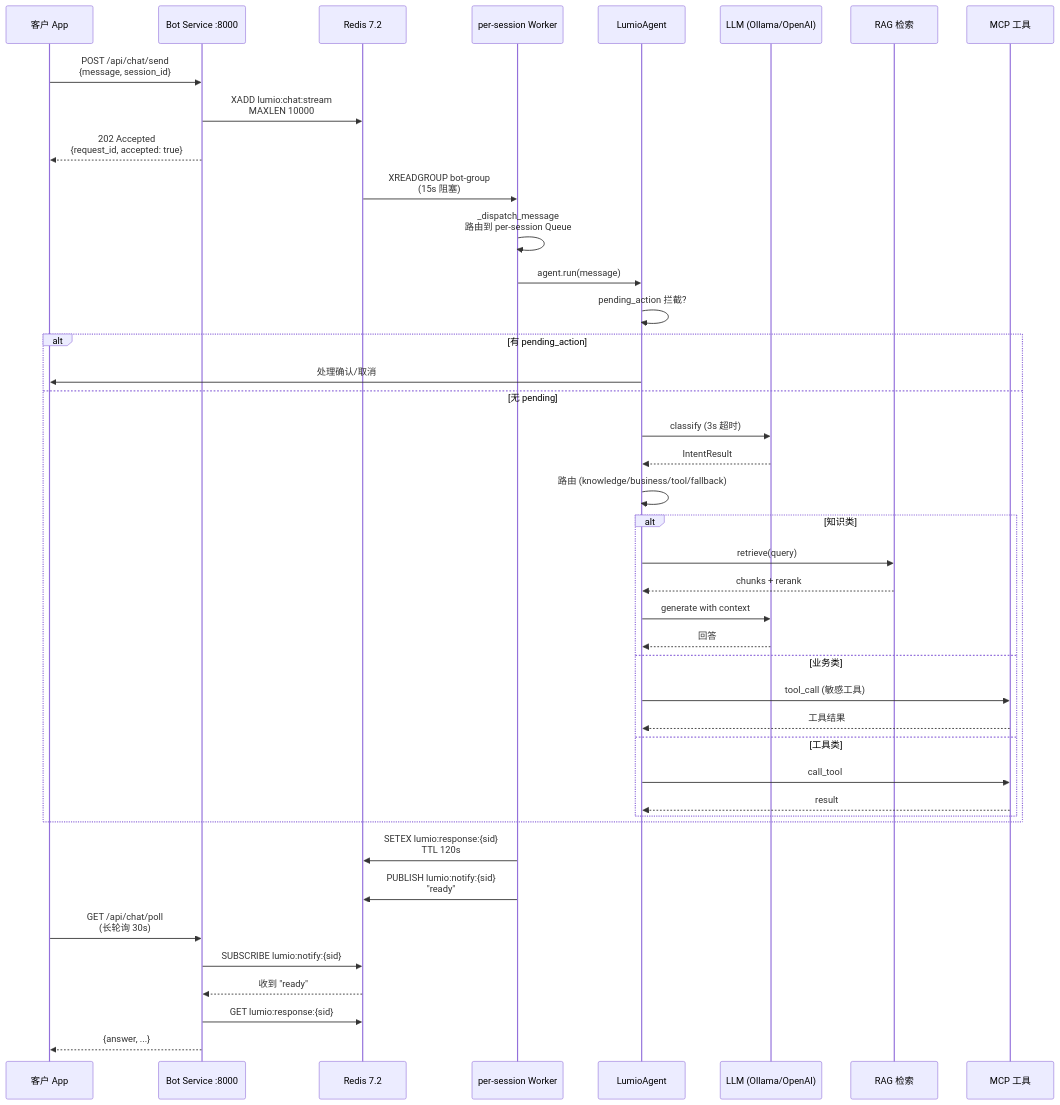
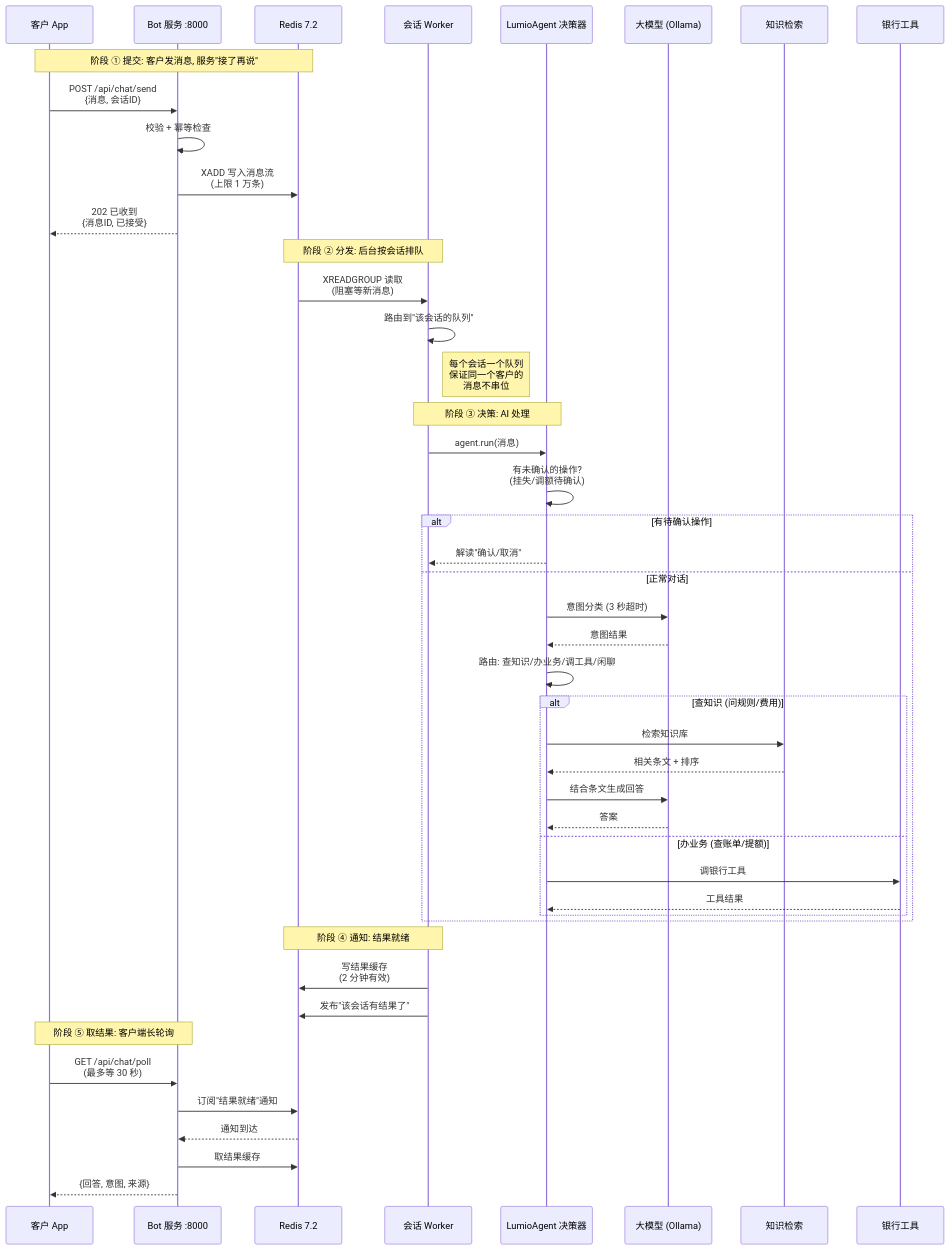
Before and after one commit to slowleelab/QingQue: the first of 2 diagrams in docs/book/03-bot-self-service.md, drawn with Mermaid. The commit also changed other lines of this file and 2 other files, not shown here.

First line of the commit message:
docs: 重写第 3 章 Bot 自助问答 — 时序图中文化 + 业务背景接地气

````diff
--- a/docs/book/03-bot-self-service.md
+++ b/docs/book/03-bot-self-service.md
@@ -23,49 +34,53 @@
 ```mermaid
 sequenceDiagram
     participant Client as 客户 App
-    participant Bot as Bot Service :8000
+    participant Bot as Bot 服务 :8000
     participant Redis as Redis 7.2
-    participant Worker as per-session Worker
-    participant Agent as LumioAgent
-    participant LLM as LLM (Ollama/OpenAI)
-    participant RAG as RAG 检索
-    participant MCP as MCP 工具
+    participant Worker as 会话 Worker
+    participant Agent as LumioAgent 决策器
+    participant LLM as 大模型 (Ollama)
+    participant RAG as 知识检索
+    participant MCP as 银行工具
 
-    Client->>Bot: POST /api/chat/send<br/>{message, session_id}
-    Bot->>Redis: XADD lumio:chat:stream<br/>MAXLEN 10000
-    Bot-->>Client: 202 Accepted<br/>{request_id, accepted: true}
+    Note over Client,Redis: 阶段 ① 提交: 客户发消息, 服务"接了再说"
+    Client->>Bot: POST /api/chat/send<br/>{消息, 会话ID}
+    Bot->>Bot: 校验 + 幂等检查
+    Bot->>Redis: XADD 写入消息流<br/>(上限 1 万条)
+    Bot-->>Client: 202 已收到<br/>{消息ID, 已接受}
 
-    Redis->>Worker: XREADGROUP bot-group<br/>(15s 阻塞)
-    Worker->>Worker: _dispatch_message<br/>路由到 per-session Queue
+    Note over Redis,Worker: 阶段 ② 分发: 后台按会话排队
+    Redis->>Worker: XREADGROUP 读取<br/>(阻塞等新消息)
+    Worker->>Worker: 路由到"该会话的队列"
+    Note right of Worker: 每个会话一个队列<br/>保证同一个客户的<br/>消息不串位
 
-    Worker->>Agent: agent.run(message)
-    Agent->>Agent: pending_action 拦截?
-    alt 有 pending_action
-        Agent->>Client: 处理确认/取消
-    else 无 pending
-        Agent->>LLM: classify (3s 超时)
-        LLM-->>Agent: IntentResult
-        Agent->>Agent: 路由 (knowledge/business/tool/fallback)
-        alt 知识类
-            Agent->>RAG: retrieve(query)
-            RAG-->>Agent: chunks + rerank
-            Agent->>LLM: generate with context
-            LLM-->>Agent: 回答
-        else 业务类
-            Agent->>MCP: tool_call (敏感工具)
+    Note over Worker,Agent: 阶段 ③ 决策: AI 处理
+    Worker->>Agent: agent.run(消息)
+    Agent->>Agent: 有未确认的操作?<br/>(挂失/调额待确认)
+    alt 有待确认操作
+        Agent-->>Worker: 解读"确认/取消"
+    else 正常对话
+        Agent->>LLM: 意图分类 (3 秒超时)
+        LLM-->>Agent: 意图结果
+        Agent->>Agent: 路由: 查知识/办业务/调工具/闲聊
+        alt 查知识 (问规则/费用)
+            Agent->>RAG: 检索知识库
+            RAG-->>Agent: 相关条文 + 排序
+            Agent->>LLM: 结合条文生成回答
+            LLM-->>Agent: 答案
+        else 办业务 (查账单/提额)
+            Agent->>MCP: 调银行工具
             MCP-->>Agent: 工具结果
-        else 工具类
-            Agent->>MCP: call_tool
-            MCP-->>Agent: result
         end
     end
 
-    Worker->>Redis: SETEX lumio:response:{sid}<br/>TTL 120s
-    Worker->>Redis: PUBLISH lumio:notify:{sid}<br/>"ready"
+    Note over Worker,Redis: 阶段 ④ 通知: 结果就绪
+    Worker->>Redis: 写结果缓存<br/>(2 分钟有效)
+    Worker->>Redis: 发布"该会话有结果了"
 
-    Client->>Bot: GET /api/chat/poll<br/>(长轮询 30s)
-    Bot->>Redis: SUBSCRIBE lumio:notify:{sid}
-    Redis-->>Bot: 收到 "ready"
-    Bot->>Redis: GET lumio:response:{sid}
-    Bot-->>Client: {answer, ...}
+    Note over Client,Bot: 阶段 ⑤ 取结果: 客户端长轮询
+    Client->>Bot: GET /api/chat/poll<br/>(最多等 30 秒)
+    Bot->>Redis: 订阅"结果就绪"通知
+    Redis-->>Bot: 通知到达
+    Bot->>Redis: 取结果缓存
+    Bot-->>Client: {回答, 意图, 来源}
 ```
````
